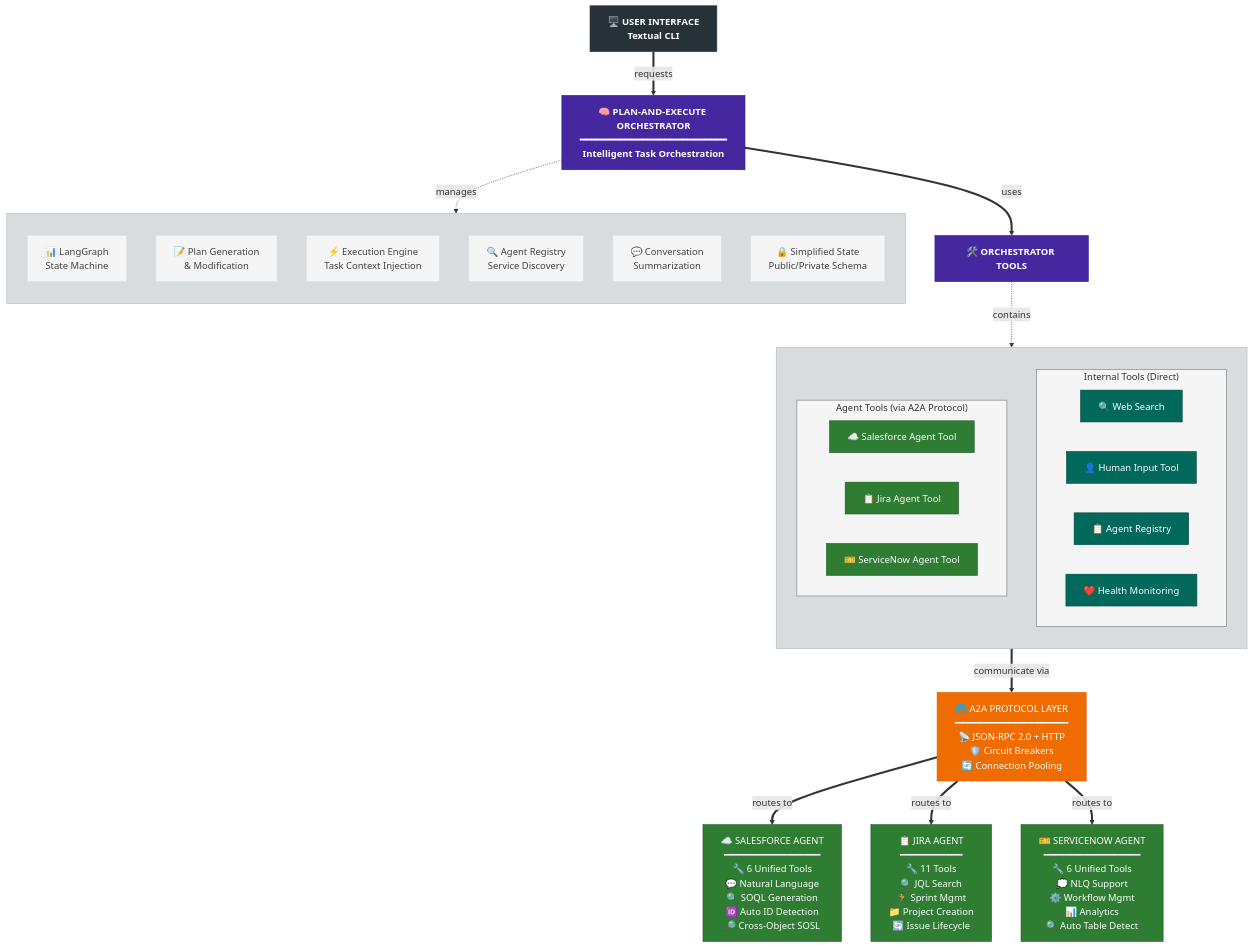
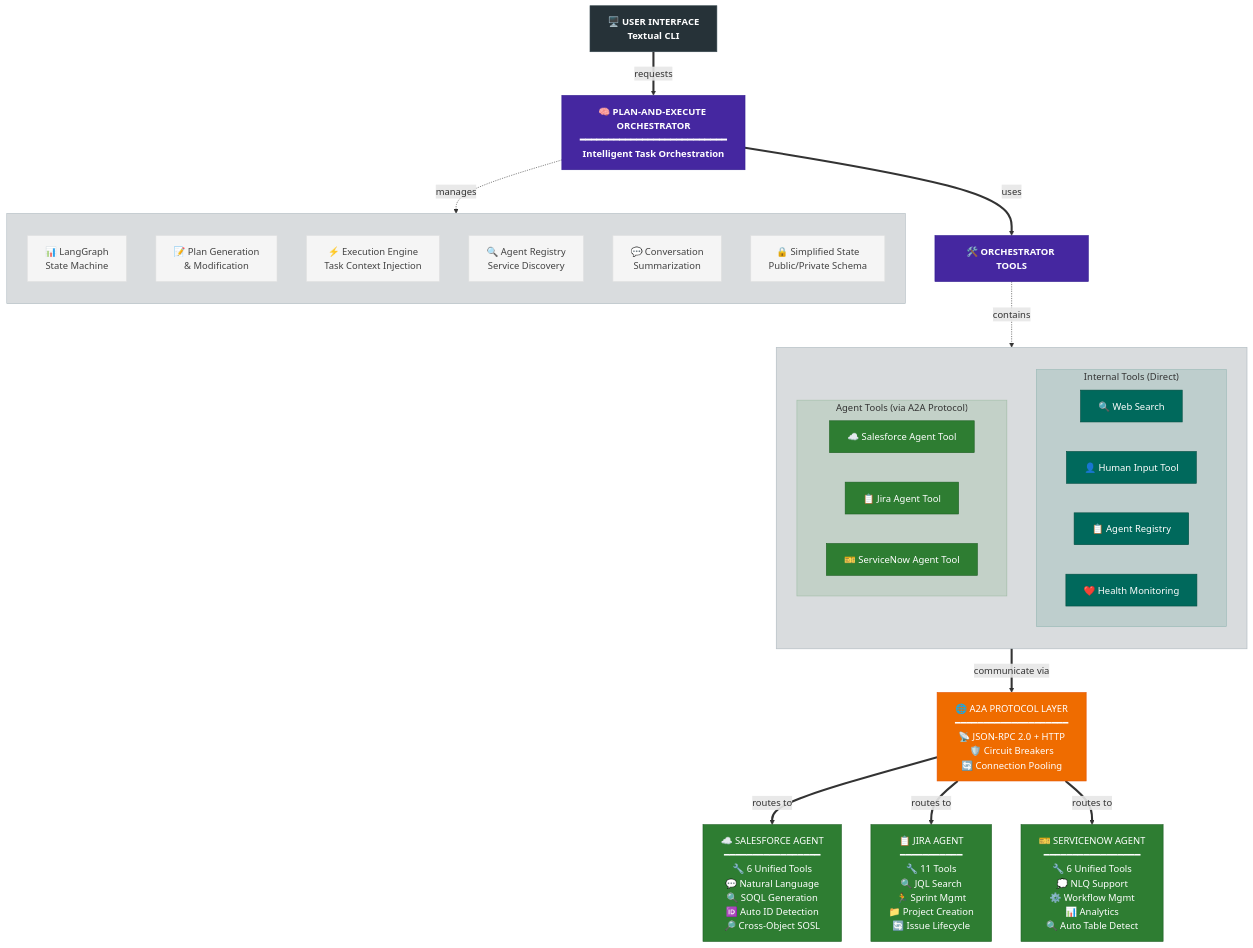
One commit to nickpeterson92/consultant-assistant changed the diagram in README.md. Above: the diagram before and after it, drawn with Mermaid. The commit also changed 1 other file, not shown here.

Commit message:
improve visual cohesion

````diff
--- a/README.md
+++ b/README.md
@@ -66,69 +66,69 @@
 ```mermaid
 flowchart TB
     %% Modern, sleek color scheme with subtle, muted tones
     classDef uiClass fill:#263238,stroke:#37474f,stroke-width:1px,color:#ffffff,font-weight:bold
     classDef orchestratorClass fill:#4527a0,stroke:#311b92,stroke-width:1px,color:#ffffff,font-weight:bold
     classDef protocolClass fill:#ef6c00,stroke:#e65100,stroke-width:1px,color:#ffffff
     classDef agentToolClass fill:#2e7d32,stroke:#1b5e20,stroke-width:1px,color:#ffffff
     classDef internalToolClass fill:#00695c,stroke:#004d40,stroke-width:1px,color:#ffffff
     classDef componentClass fill:#f5f5f5,stroke:#e0e0e0,stroke-width:1px,color:#424242
     
     %% User Interface Layer
     UI[🖥️ USER INTERFACE<br>Textual CLI]:::uiClass
     
     %% Main Orchestrator
     UI ==>|"requests"| ORCH[🧠 PLAN-AND-EXECUTE ORCHESTRATOR<br>━━━━━━━━━━━━━━━━━━━━━━━━━━<br>Intelligent Task Orchestration]:::orchestratorClass
     
     %% Core Components with semi-transparent styling
     subgraph components[" "]
         direction TB
         LG[📊 LangGraph<br>State Machine]:::componentClass
         PG[📝 Plan Generation<br>& Modification]:::componentClass
         EE[⚡ Execution Engine<br>Task Context Injection]:::componentClass
         AR[🔍 Agent Registry<br>Service Discovery]:::componentClass
         CS[💬 Conversation<br>Summarization]:::componentClass
         SS[🔒 Simplified State<br>Public/Private Schema]:::componentClass
     end
     
     %% All Tools under one umbrella
     ORCH ==>|"uses"| TOOLS[🛠️ ORCHESTRATOR TOOLS]:::orchestratorClass
     
     %% Tools subgraph containing both types
     subgraph tools[" "]
         direction TB
         
         %% Internal Tools (Direct)
         subgraph internal["Internal Tools (Direct)"]
             WS[🔍 Web Search]:::internalToolClass
             HI[👤 Human Input Tool]:::internalToolClass
             REG[📋 Agent Registry]:::internalToolClass
             HM[❤️ Health Monitoring]:::internalToolClass
         end
         
         %% Agent Tools (via A2A)
         subgraph agents["Agent Tools (via A2A Protocol)"]
             SFT[☁️ Salesforce Agent Tool]:::agentToolClass
             JT[📋 Jira Agent Tool]:::agentToolClass
             SNT[🎫 ServiceNow Agent Tool]:::agentToolClass
         end
     end
     
     TOOLS -.->|contains| tools
     
     %% A2A Protocol connection from agent tools
     agents ==>|"communicate via"| PROTOCOL[🌐 A2A PROTOCOL LAYER<br>━━━━━━━━━━━━━━━━━━━━<br>📡 JSON-RPC 2.0 + HTTP<br>🛡️ Circuit Breakers<br>🔄 Connection Pooling]:::protocolClass
     
     %% Remote Agents
     PROTOCOL ==>|"routes to"| SF[☁️ SALESFORCE AGENT<br>━━━━━━━━━━━━━━━━━<br>🔧 6 Unified Tools<br>💬 Natural Language<br>🔍 SOQL Generation<br>🆔 Auto ID Detection<br>🔎 Cross-Object SOSL]:::agentToolClass
     
     PROTOCOL ==>|"routes to"| JIRA[📋 JIRA AGENT<br>━━━━━━━━━━━<br>🔧 11 Tools<br>🔍 JQL Search<br>🏃 Sprint Mgmt<br>📁 Project Creation<br>🔄 Issue Lifecycle]:::agentToolClass
     
     PROTOCOL ==>|"routes to"| SN[🎫 SERVICENOW AGENT<br>━━━━━━━━━━━━━━━━━<br>🔧 6 Unified Tools<br>💭 NLQ Support<br>⚙️ Workflow Mgmt<br>📊 Analytics<br>🔍 Auto Table Detect]:::agentToolClass
     
     %% Styling adjustments
     ORCH -.->|manages| components
     style components fill:#37474f30,stroke:#546e7a60,stroke-width:1px
     style tools fill:#37474f30,stroke:#546e7a60,stroke-width:1px
-    style internal fill:#f5f5f5,stroke:#757575,stroke-width:1px
-    style agents fill:#f5f5f5,stroke:#757575,stroke-width:1px
+    style internal fill:#00695c20,stroke:#00695c40,stroke-width:1px
+    style agents fill:#2e7d3220,stroke:#2e7d3240,stroke-width:1px
 ```
````
